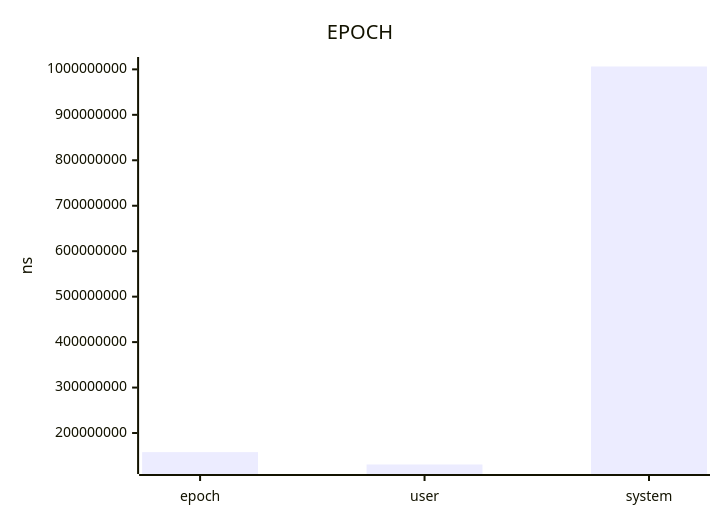
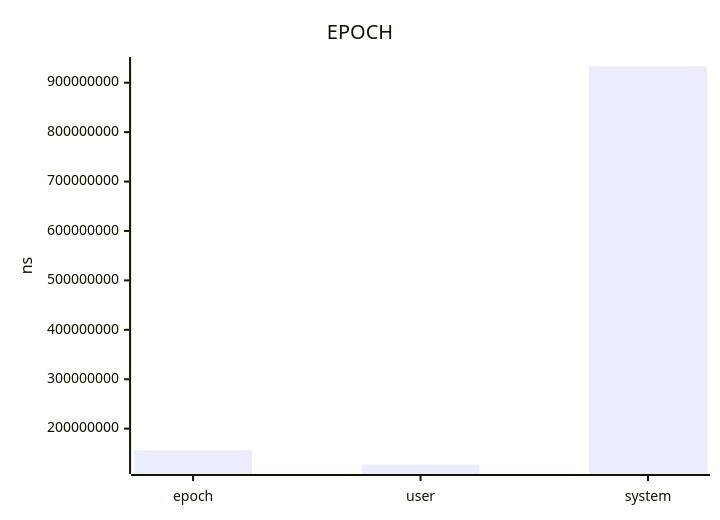
Before and after one commit to jrengmusic/saw: the diagram in benchmark/exclusive-find-files-after-report.md, drawn with Mermaid. The commit also changed other lines of this file and 36 other files, not shown here.

````diff
--- a/benchmark/exclusive-find-files-after-report.md
+++ b/benchmark/exclusive-find-files-after-report.md
@@ -24,7 +21,7 @@
 ```mermaid
 xychart-beta
 title "EPOCH"
 x-axis ["epoch", "user", "system"]
 y-axis "ns"
-bar [157963166.66666665673255920, 130769000.00000000000000000, 1006295000.00000000000000000]
+bar [155861708.33333331346511841, 127458000.00000000000000000, 932790000.00000000000000000]
 ```
````
